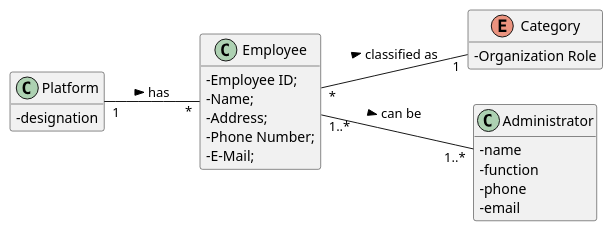
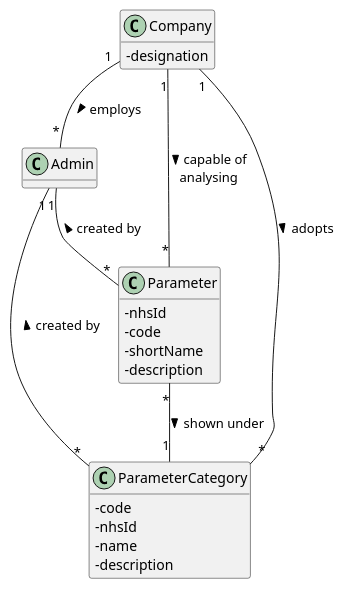
Before and after one commit to GuilhermeCunha79/lapr2: the diagram in docs/SprintB/US10/UC10_MD.puml, drawn with PlantUML. The commit also changed 10 other files, not shown here.

```diff
--- a/docs/SprintB/US10/UC10_MD.puml
+++ b/docs/SprintB/US10/UC10_MD.puml
@@ -1,39 +1,35 @@
 @startuml
 hide methods
-left to right direction
+
 skinparam classAttributeIconSize 0
 
 
-class Platform {
+class Company {
   -designation
 }
 
-class Employee {
-	-Employee ID;
-	-Name;
-	-Address;
-	-Phone Number;
-	-E-Mail;
-	-Standard Occupational Classification (SOC) code.
+class Admin{
 }
 
-enum Category {
-  -Organization Role
+class Parameter{
+    -nhsId
+    -code
+    -shortName
+    -description
 }
 
-class Administrator {
-  -name
-  -function
-  -phone
-  -email
+class ParameterCategory{
+    -code
+    -nhsId
+    -name
+    -description
 }
 
-
-
-Platform "1" -- "*" Employee : has >
-Employee "*" -- "1" Category: classified as >
-Employee "1..*" -- "1..*" Administrator: can be >
-
-
+Company"1" -- "*"Admin :> employs
+Company"1" -- "*"Parameter :> capable of \nanalysing
+Company"1" -- "*"ParameterCategory :> adopts
+Admin"1" -- "*"Parameter :< created by
+Parameter"*" -- "1"ParameterCategory :> shown under
+Admin"1" -- "*"ParameterCategory :< created by
 
 @enduml
```
